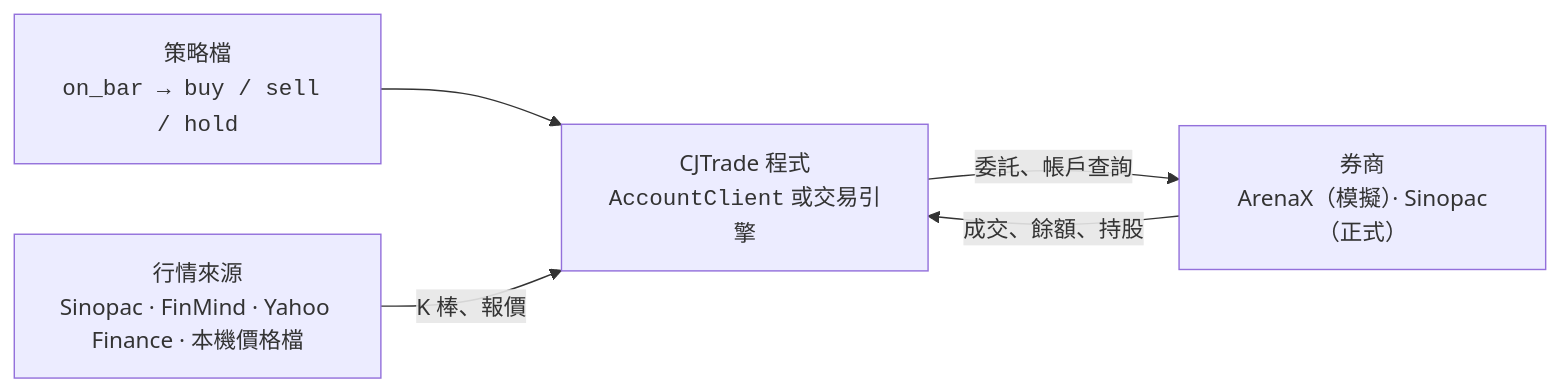
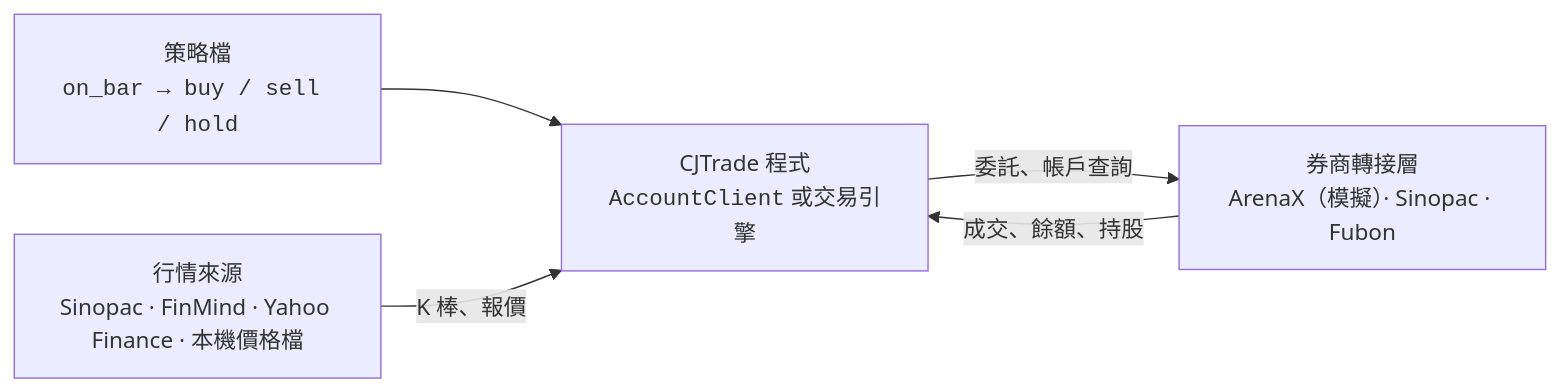
The diagram in doc/index.zh-TW.md (jackiesogi/CJTrade), drawn with Mermaid before and after one commit. The commit also changed other lines of this file and 21 other files, not shown here.

````diff
--- a/doc/index.zh-TW.md
+++ b/doc/index.zh-TW.md
@@ -16,7 +16,7 @@
 ```mermaid
 flowchart LR
     S["策略檔<br/><code>on_bar → buy / sell / hold</code>"] --> C["CJTrade 程式<br/><code>AccountClient</code> 或交易引擎"]
-    C -- "委託、帳戶查詢" --> B["券商<br/>ArenaX（模擬）· Sinopac（正式）"]
+    C -- "委託、帳戶查詢" --> B["券商轉接層<br/>ArenaX（模擬）· Sinopac · Fubon"]
     B -- "成交、餘額、持股" --> C
     M["行情來源<br/>Sinopac · FinMind · Yahoo Finance · 本機價格檔"] -- "K 棒、報價" --> C
 ```
````
